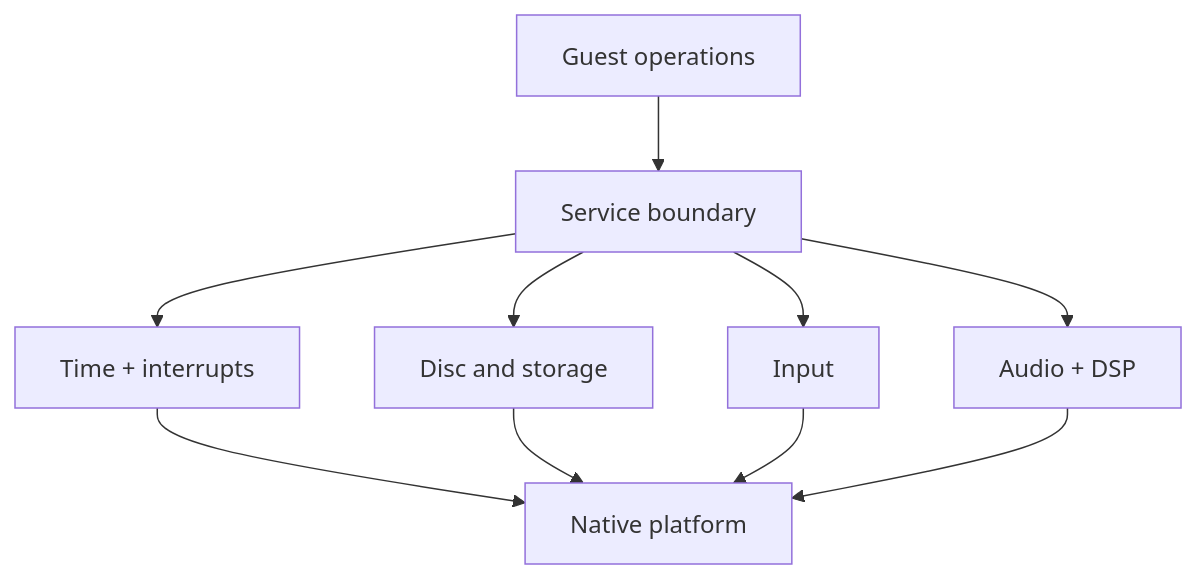
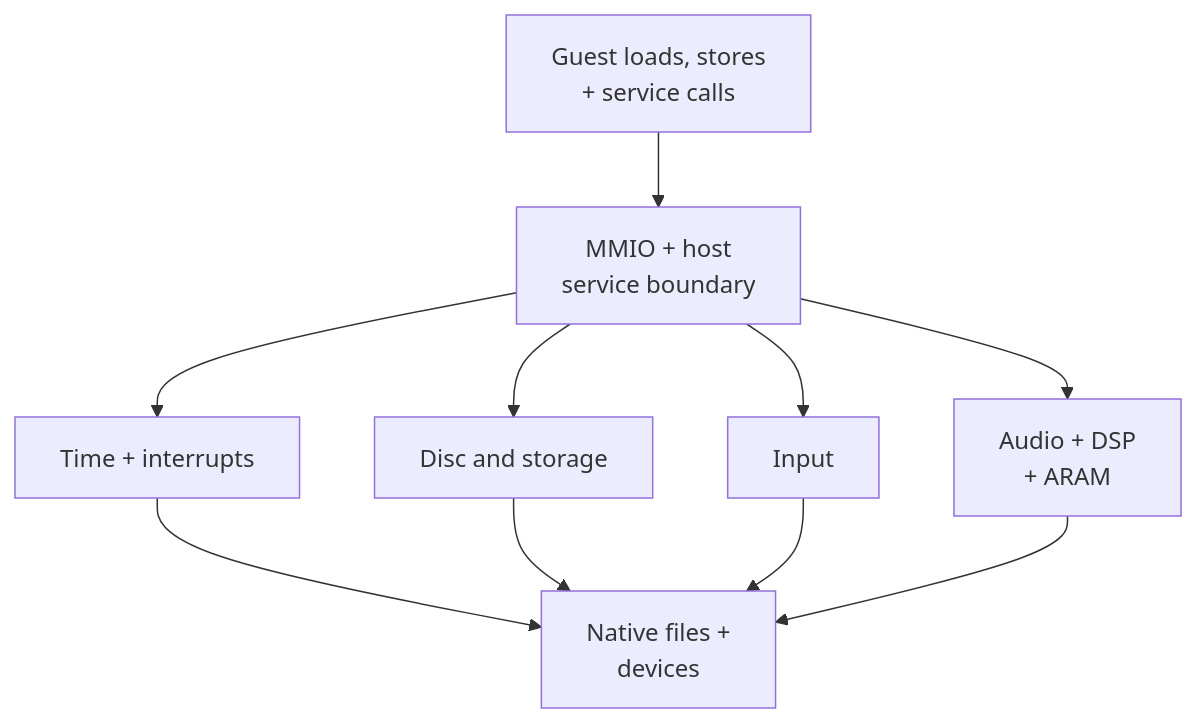
The diagram in docs/architecture/runtime/Services.md (Aelbannan/boat_of_daphnes), drawn with Mermaid before and after one commit. The commit also changed 6 other files, not shown here.

Commit message:
docs: preserve labels with Mermaid line breaks

````diff
--- a/docs/architecture/runtime/Services.md
+++ b/docs/architecture/runtime/Services.md
@@ -19,20 +19,24 @@
 ```mermaid
 flowchart TD
-    Game["Guest operations"]
-    Boundary["Service boundary"]
+    Game["`Guest loads, stores
++ service calls`"]
+    Boundary["`MMIO + host
+service boundary`"]
     Time["Time + interrupts"]
     Disc["Disc and storage"]
     Input["Input"]
-    Audio["Audio + DSP"]
-    Platform["Native platform"]
+    Audio["`Audio + DSP
++ ARAM`"]
+    Platform["`Native files +
+devices`"]
 
     Game --> Boundary
     Boundary --> Time
     Boundary --> Disc
     Boundary --> Input
     Boundary --> Audio
     Time --> Platform
     Disc --> Platform
     Input --> Platform
     Audio --> Platform
 ```
````
